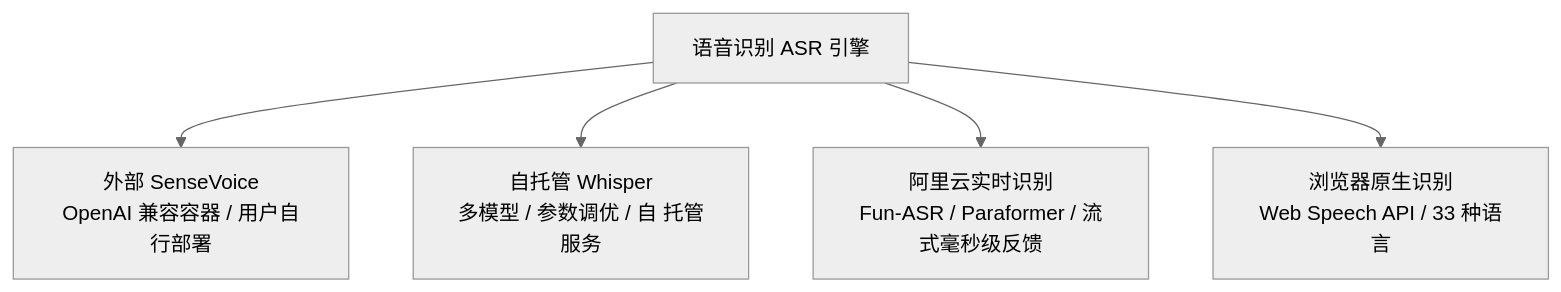
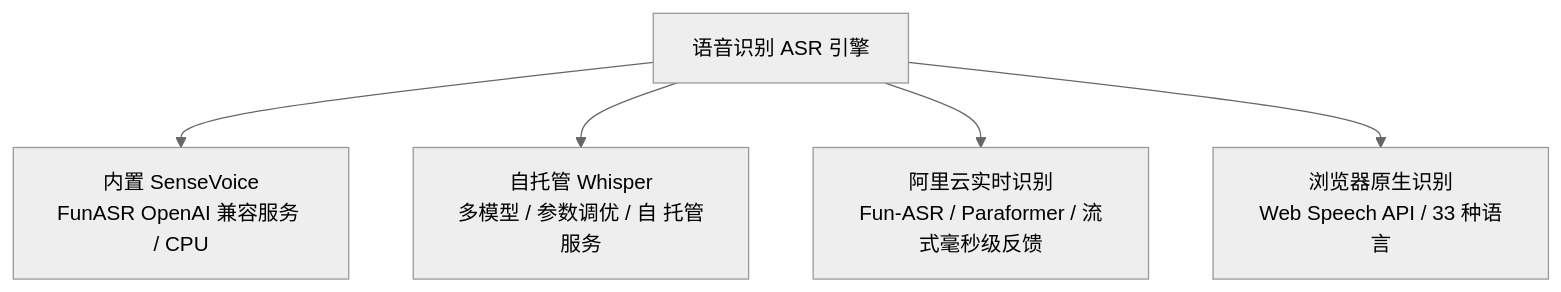
Before and after one commit to lulabs-org/embocraft: the second of 2 diagrams in docs/voice/setup.md, drawn with Mermaid (neutral theme). The commit also changed other lines of this file and 18 other files, not shown here.

First line of the commit message:
feat(asr): bundle a FunASR SenseVoice container

````diff
--- a/docs/voice/setup.md
+++ b/docs/voice/setup.md
@@ -101,7 +101,7 @@
 ```mermaid
 graph TD
-    ASR[语音识别 ASR 引擎] --> SenseVoice[外部 SenseVoice<br>OpenAI 兼容容器 / 用户自行部署]
+    ASR[语音识别 ASR 引擎] --> SenseVoice[内置 SenseVoice<br>FunASR OpenAI 兼容服务 / CPU]
     ASR --> Whisper[自托管 Whisper<br>多模型 / 参数调优 / 自 托管服务]
     ASR --> AliyunASR[阿里云实时识别<br>Fun-ASR / Paraformer / 流式毫秒级反馈]
     ASR --> BrowserASR[浏览器原生识别<br>Web Speech API / 33 种语言]
 ```
````
